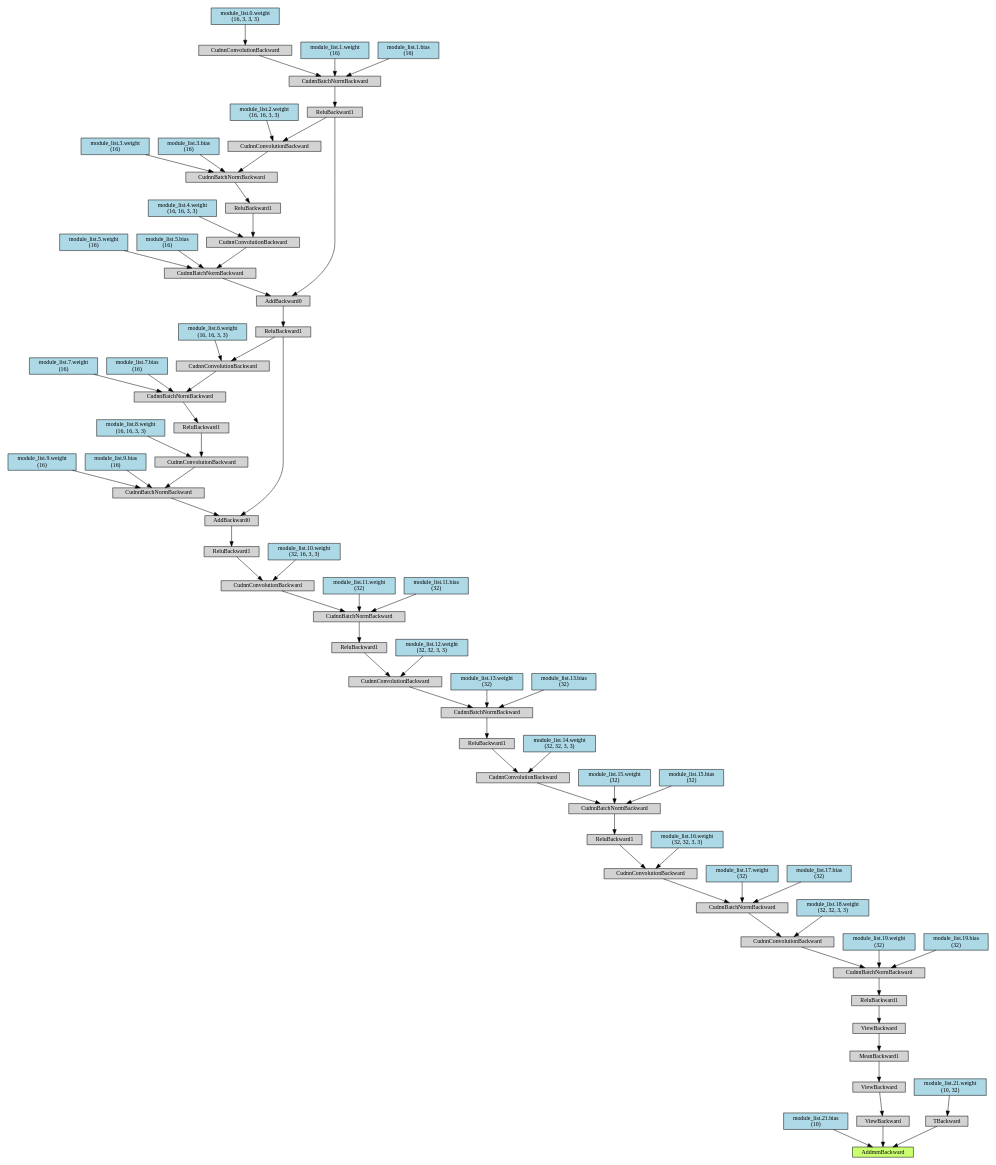
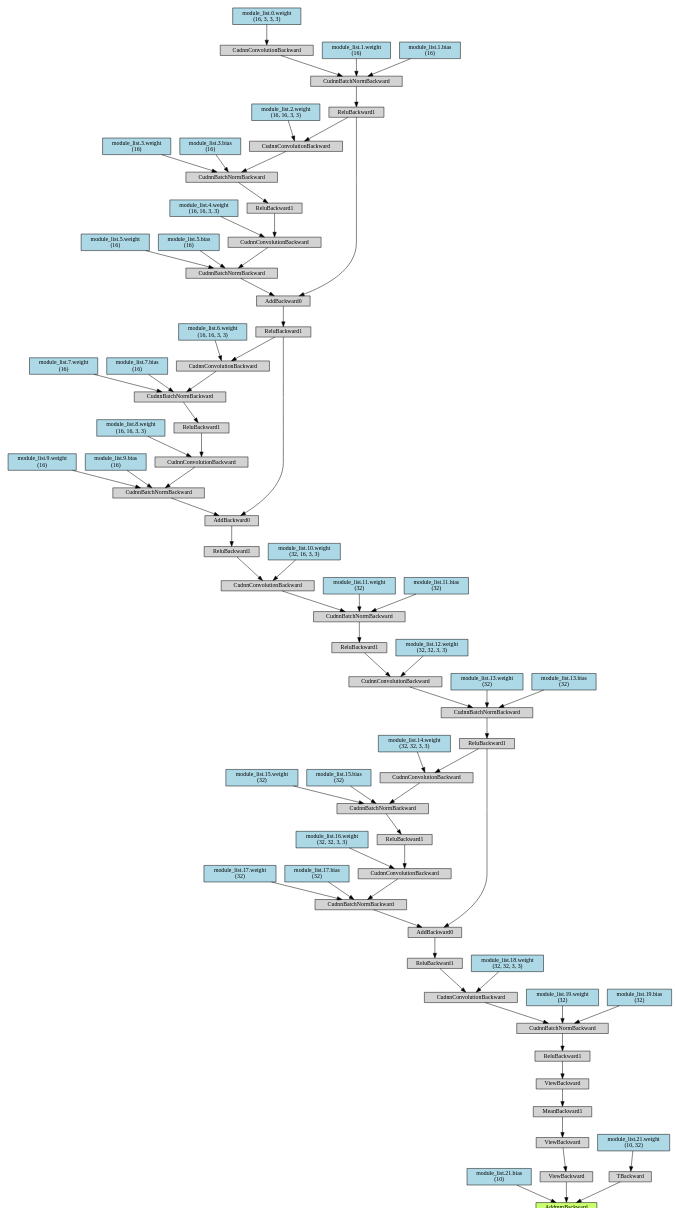
Before and after one commit to j3ssi/MA_Source: the diagram in PruneTrain2_0.dot, drawn with Graphviz. The commit also changed 11 other files, not shown here.

```diff
--- a/PruneTrain2_0.dot
+++ b/PruneTrain2_0.dot
@@ -1,175 +1,180 @@
 digraph {
-	graph [size="20.849999999999998,20.849999999999998"]
+	graph [size="21.599999999999998,21.599999999999998"]
 	node [align=left fontsize=12 height=0.2 ranksep=0.1 shape=box style=filled]
-	140036031703136 [label=AddmmBackward fillcolor=darkolivegreen1]
-	140036031704984 -> 140036031703136
-	140036031704984 [label="module_list.21.bias
+	140159477431824 [label=AddmmBackward fillcolor=darkolivegreen1]
+	140159303085528 -> 140159477431824
+	140159303085528 [label="module_list.21.bias
  (10)" fillcolor=lightblue]
-	140036031703472 -> 140036031703136
-	140036031703472 [label=ViewBackward]
-	140036031702856 -> 140036031703472
-	140036031702856 [label=ViewBackward]
-	140036000096040 -> 140036031702856
-	140036000096040 [label=MeanBackward1]
-	140036000095200 -> 140036000096040
-	140036000095200 [label=ViewBackward]
-	140036000095984 -> 140036000095200
-	140036000095984 [label=ReluBackward1]
-	140036000093744 -> 140036000095984
-	140036000093744 [label=CudnnBatchNormBackward]
-	140036000093968 -> 140036000093744
-	140036000093968 [label=CudnnConvolutionBackward]
-	140036000095928 -> 140036000093968
-	140036000095928 [label=CudnnBatchNormBackward]
-	140036000095648 -> 140036000095928
-	140036000095648 [label=CudnnConvolutionBackward]
-	140036000095536 -> 140036000095648
-	140036000095536 [label=ReluBackward1]
-	140036000095424 -> 140036000095536
-	140036000095424 [label=CudnnBatchNormBackward]
-	140036000095312 -> 140036000095424
-	140036000095312 [label=CudnnConvolutionBackward]
-	140036000093128 -> 140036000095312
-	140036000093128 [label=ReluBackward1]
-	140036000093016 -> 140036000093128
-	140036000093016 [label=CudnnBatchNormBackward]
-	140036000094976 -> 140036000093016
-	140036000094976 [label=CudnnConvolutionBackward]
-	140036000092736 -> 140036000094976
-	140036000092736 [label=ReluBackward1]
-	140036000094640 -> 140036000092736
-	140036000094640 [label=CudnnBatchNormBackward]
-	140036000092456 -> 140036000094640
-	140036000092456 [label=CudnnConvolutionBackward]
-	140036000094304 -> 140036000092456
-	140036000094304 [label=ReluBackward1]
-	140036000093352 -> 140036000094304
-	140036000093352 [label=AddBackward0]
-	140036000093912 -> 140036000093352
-	140036000093912 [label=ReluBackward1]
-	140036000094472 -> 140036000093912
-	140036000094472 [label=AddBackward0]
-	140034803032192 -> 140036000094472
-	140034803032192 [label=ReluBackward1]
-	140034803032360 -> 140034803032192
-	140034803032360 [label=CudnnBatchNormBackward]
-	140034803032528 -> 140034803032360
-	140034803032528 [label=CudnnConvolutionBackward]
-	140034803032752 -> 140034803032528
-	140034803032752 [label="module_list.0.weight
+	140159303083232 -> 140159477431824
+	140159303083232 [label=ViewBackward]
+	140159303084968 -> 140159303083232
+	140159303084968 [label=ViewBackward]
+	140159303082336 -> 140159303084968
+	140159303082336 [label=MeanBackward1]
+	140159303083904 -> 140159303082336
+	140159303083904 [label=ViewBackward]
+	140159303085080 -> 140159303083904
+	140159303085080 [label=ReluBackward1]
+	140159303083624 -> 140159303085080
+	140159303083624 [label=CudnnBatchNormBackward]
+	140159303083288 -> 140159303083624
+	140159303083288 [label=CudnnConvolutionBackward]
+	140159303082896 -> 140159303083288
+	140159303082896 [label=ReluBackward1]
+	140159303084856 -> 140159303082896
+	140159303084856 [label=AddBackward0]
+	140159303082728 -> 140159303084856
+	140159303082728 [label=ReluBackward1]
+	140159303082616 -> 140159303082728
+	140159303082616 [label=CudnnBatchNormBackward]
+	140159303084576 -> 140159303082616
+	140159303084576 [label=CudnnConvolutionBackward]
+	140159303084408 -> 140159303084576
+	140159303084408 [label=ReluBackward1]
+	140159303082224 -> 140159303084408
+	140159303082224 [label=CudnnBatchNormBackward]
+	140159303082112 -> 140159303082224
+	140159303082112 [label=CudnnConvolutionBackward]
+	140159439786448 -> 140159303082112
+	140159439786448 [label=ReluBackward1]
+	140159439786112 -> 140159439786448
+	140159439786112 [label=AddBackward0]
+	140159439786168 -> 140159439786112
+	140159439786168 [label=ReluBackward1]
+	140159439789976 -> 140159439786168
+	140159439789976 [label=AddBackward0]
+	140159439789752 -> 140159439789976
+	140159439789752 [label=ReluBackward1]
+	140159439789416 -> 140159439789752
+	140159439789416 [label=CudnnBatchNormBackward]
+	140159439786672 -> 140159439789416
+	140159439786672 [label=CudnnConvolutionBackward]
+	140159439789696 -> 140159439786672
+	140159439789696 [label="module_list.0.weight
  (16, 3, 3, 3)" fillcolor=lightblue]
-	140034803032584 -> 140034803032360
-	140034803032584 [label="module_list.1.weight
+	140159439786560 -> 140159439789416
+	140159439786560 [label="module_list.1.weight
  (16)" fillcolor=lightblue]
-	140034803032640 -> 140034803032360
-	140034803032640 [label="module_list.1.bias
+	140159439786280 -> 140159439789416
+	140159439786280 [label="module_list.1.bias
  (16)" fillcolor=lightblue]
-	140034803032248 -> 140036000094472
-	140034803032248 [label=CudnnBatchNormBackward]
-	140034803032416 -> 140034803032248
-	140034803032416 [label=CudnnConvolutionBackward]
-	140034803032864 -> 140034803032416
-	140034803032864 [label=ReluBackward1]
-	140034803033088 -> 140034803032864
-	140034803033088 [label=CudnnBatchNormBackward]
-	140034803033200 -> 140034803033088
-	140034803033200 [label=CudnnConvolutionBackward]
-	140034803032192 -> 140034803033200
-	140034803033424 -> 140034803033200
-	140034803033424 [label="module_list.2.weight
+	140159439789640 -> 140159439789976
+	140159439789640 [label=CudnnBatchNormBackward]
+	140159439789360 -> 140159439789640
+	140159439789360 [label=CudnnConvolutionBackward]
+	140159300718832 -> 140159439789360
+	140159300718832 [label=ReluBackward1]
+	140159300719056 -> 140159300718832
+	140159300719056 [label=CudnnBatchNormBackward]
+	140159300719168 -> 140159300719056
+	140159300719168 [label=CudnnConvolutionBackward]
+	140159439789752 -> 140159300719168
+	140159300719392 -> 140159300719168
+	140159300719392 [label="module_list.2.weight
  (16, 16, 3, 3)" fillcolor=lightblue]
-	140034803033256 -> 140034803033088
-	140034803033256 [label="module_list.3.weight
+	140159300719224 -> 140159300719056
+	140159300719224 [label="module_list.3.weight
  (16)" fillcolor=lightblue]
-	140034803033312 -> 140034803033088
-	140034803033312 [label="module_list.3.bias
+	140159300719280 -> 140159300719056
+	140159300719280 [label="module_list.3.bias
  (16)" fillcolor=lightblue]
-	140034803032976 -> 140034803032416
-	140034803032976 [label="module_list.4.weight
+	140159300718944 -> 140159439789360
+	140159300718944 [label="module_list.4.weight
  (16, 16, 3, 3)" fillcolor=lightblue]
-	140034803032696 -> 140034803032248
-	140034803032696 [label="module_list.5.weight
+	140159439790032 -> 140159439789640
+	140159439790032 [label="module_list.5.weight
  (16)" fillcolor=lightblue]
-	140034803032808 -> 140034803032248
-	140034803032808 [label="module_list.5.bias
+	140159300718776 -> 140159439789640
+	140159300718776 [label="module_list.5.bias
  (16)" fillcolor=lightblue]
-	140036000094696 -> 140036000093352
-	140036000094696 [label=CudnnBatchNormBackward]
-	140036000095872 -> 140036000094696
-	140036000095872 [label=CudnnConvolutionBackward]
-	140034803033368 -> 140036000095872
-	140034803033368 [label=ReluBackward1]
-	140034803033592 -> 140034803033368
-	140034803033592 [label=CudnnBatchNormBackward]
-	140034803033536 -> 140034803033592
-	140034803033536 [label=CudnnConvolutionBackward]
-	140036000093912 -> 140034803033536
-	140034803033872 -> 140034803033536
-	140034803033872 [label="module_list.6.weight
+	140159439789192 -> 140159439786112
+	140159439789192 [label=CudnnBatchNormBackward]
+	140159439789920 -> 140159439789192
+	140159439789920 [label=CudnnConvolutionBackward]
+	140159300719336 -> 140159439789920
+	140159300719336 [label=ReluBackward1]
+	140159300719560 -> 140159300719336
+	140159300719560 [label=CudnnBatchNormBackward]
+	140159300719504 -> 140159300719560
+	140159300719504 [label=CudnnConvolutionBackward]
+	140159439786168 -> 140159300719504
+	140159300719840 -> 140159300719504
+	140159300719840 [label="module_list.6.weight
  (16, 16, 3, 3)" fillcolor=lightblue]
-	140034803033704 -> 140034803033592
-	140034803033704 [label="module_list.7.weight
+	140159300719672 -> 140159300719560
+	140159300719672 [label="module_list.7.weight
  (16)" fillcolor=lightblue]
-	140034803033760 -> 140034803033592
-	140034803033760 [label="module_list.7.bias
+	140159300719728 -> 140159300719560
+	140159300719728 [label="module_list.7.bias
  (16)" fillcolor=lightblue]
-	140034803033480 -> 140036000095872
-	140034803033480 [label="module_list.8.weight
+	140159300719448 -> 140159439789920
+	140159300719448 [label="module_list.8.weight
  (16, 16, 3, 3)" fillcolor=lightblue]
-	140034803032304 -> 140036000094696
-	140034803032304 [label="module_list.9.weight
+	140159439789528 -> 140159439789192
+	140159439789528 [label="module_list.9.weight
  (16)" fillcolor=lightblue]
-	140034803032920 -> 140036000094696
-	140034803032920 [label="module_list.9.bias
+	140159300718888 -> 140159439789192
+	140159300718888 [label="module_list.9.bias
  (16)" fillcolor=lightblue]
-	140036000092232 -> 140036000092456
-	140036000092232 [label="module_list.10.weight
+	140159439786224 -> 140159303082112
+	140159439786224 [label="module_list.10.weight
  (32, 16, 3, 3)" fillcolor=lightblue]
-	140036000092400 -> 140036000094640
-	140036000092400 [label="module_list.11.weight
+	140159303082056 -> 140159303082224
+	140159303082056 [label="module_list.11.weight
  (32)" fillcolor=lightblue]
-	140036000094416 -> 140036000094640
-	140036000094416 [label="module_list.11.bias
+	140159303084072 -> 140159303082224
+	140159303084072 [label="module_list.11.bias
  (32)" fillcolor=lightblue]
-	140036000094752 -> 140036000094976
-	140036000094752 [label="module_list.12.weight
+	140159303084352 -> 140159303084576
+	140159303084352 [label="module_list.12.weight
  (32, 32, 3, 3)" fillcolor=lightblue]
-	140036000092904 -> 140036000093016
-	140036000092904 [label="module_list.13.weight
+	140159303084520 -> 140159303082616
+	140159303084520 [label="module_list.13.weight
  (32)" fillcolor=lightblue]
-	140036000094920 -> 140036000093016
-	140036000094920 [label="module_list.13.bias
+	140159303082448 -> 140159303082616
+	140159303082448 [label="module_list.13.bias
  (32)" fillcolor=lightblue]
-	140036000095144 -> 140036000095312
-	140036000095144 [label="module_list.14.weight
+	140159303084744 -> 140159303084856
+	140159303084744 [label=CudnnBatchNormBackward]
+	140159303084632 -> 140159303084744
+	140159303084632 [label=CudnnConvolutionBackward]
+	140159303084240 -> 140159303084632
+	140159303084240 [label=ReluBackward1]
+	140159439786056 -> 140159303084240
+	140159439786056 [label=CudnnBatchNormBackward]
+	140159300719112 -> 140159439786056
+	140159300719112 [label=CudnnConvolutionBackward]
+	140159303082728 -> 140159300719112
+	140159300720008 -> 140159300719112
+	140159300720008 [label="module_list.14.weight
  (32, 32, 3, 3)" fillcolor=lightblue]
-	140036000096208 -> 140036000095424
-	140036000096208 [label="module_list.15.weight
+	140159300719784 -> 140159439786056
+	140159300719784 [label="module_list.15.weight
  (32)" fillcolor=lightblue]
-	140036000095256 -> 140036000095424
-	140036000095256 [label="module_list.15.bias
+	140159300719896 -> 140159439786056
+	140159300719896 [label="module_list.15.bias
  (32)" fillcolor=lightblue]
-	140036000093464 -> 140036000095648
-	140036000093464 [label="module_list.16.weight
+	140159439786336 -> 140159303084632
+	140159439786336 [label="module_list.16.weight
  (32, 32, 3, 3)" fillcolor=lightblue]
-	140036000093576 -> 140036000095928
-	140036000093576 [label="module_list.17.weight
+	140159303082392 -> 140159303084744
+	140159303082392 [label="module_list.17.weight
  (32)" fillcolor=lightblue]
-	140036000095592 -> 140036000095928
-	140036000095592 [label="module_list.17.bias
+	140159303084296 -> 140159303084744
+	140159303084296 [label="module_list.17.bias
  (32)" fillcolor=lightblue]
-	140036000093856 -> 140036000093968
-	140036000093856 [label="module_list.18.weight
+	140159303084912 -> 140159303083288
+	140159303084912 [label="module_list.18.weight
  (32, 32, 3, 3)" fillcolor=lightblue]
-	140036000093688 -> 140036000093744
-	140036000093688 [label="module_list.19.weight
+	140159303085192 -> 140159303083624
+	140159303085192 [label="module_list.19.weight
  (32)" fillcolor=lightblue]
-	140036000095816 -> 140036000093744
-	140036000095816 [label="module_list.19.bias
+	140159303083008 -> 140159303083624
+	140159303083008 [label="module_list.19.bias
  (32)" fillcolor=lightblue]
-	140036031704872 -> 140036031703136
-	140036031704872 [label=TBackward]
-	140036000094864 -> 140036031704872
-	140036000094864 [label="module_list.21.weight
+	140159303083792 -> 140159477431824
+	140159303083792 [label=TBackward]
+	140159303085696 -> 140159303083792
+	140159303085696 [label="module_list.21.weight
  (10, 32)" fillcolor=lightblue]
 }
```
